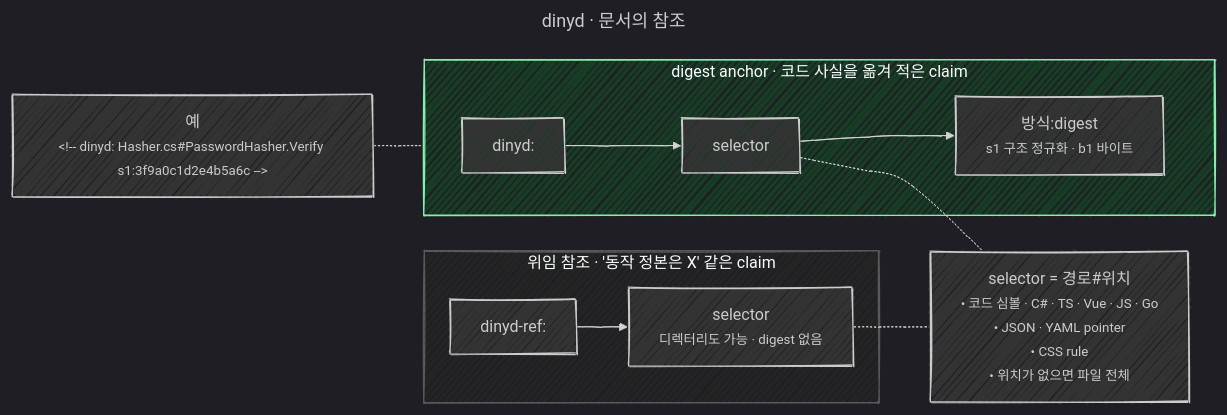
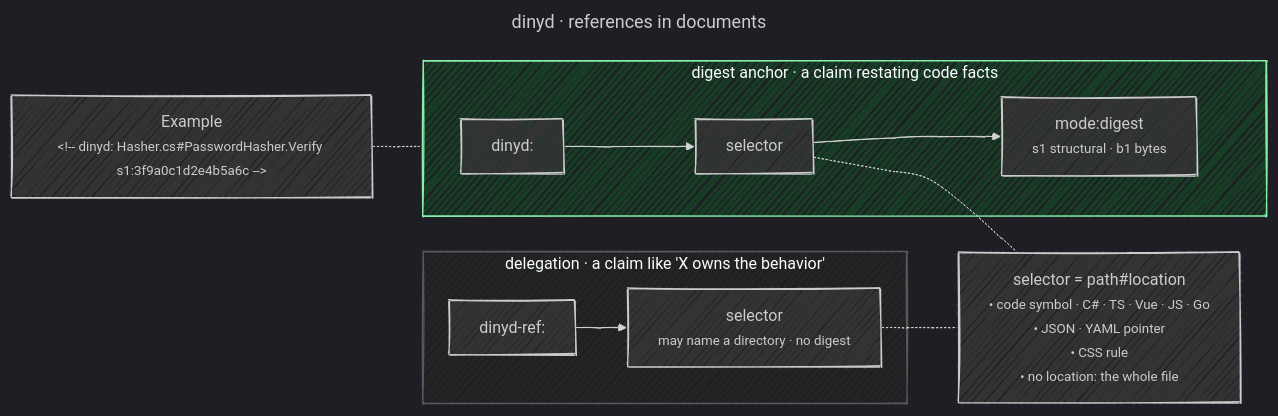
One commit to undervoke/dinyd changed the diagram in blueprint/anchors.mermaid. Above: the diagram before and after it, drawn with Mermaid. The commit also changed 4 other files, not shown here.

```diff
--- a/blueprint/anchors.mermaid
+++ b/blueprint/anchors.mermaid
@@ -1,40 +1,40 @@
 ---
-title: dinyd · 문서의 참조
+title: dinyd · references in documents
 config:
   look: handDrawn
   handDrawnSeed: 5
   theme: dark
   themeVariables:
     mainBkg: "#333333"
     clusterBkg: "#242424"
   themeCSS: |
     small { display: inline-block; text-align: left; }
   flowchart:
     wrappingWidth: 300
 ---
-%% Behavior authority: 이 다이어그램.
-%% 참조는 문서에만 inline으로 둔다. 코드 파일과 별도 매핑 파일에는 아무것도 두지 않는다. 코드 → claim 방향은 문서를 스캔해 얻는다.
-%% 표기: md는 HTML 주석(#lt;!-- … --#gt;)이고 code block(fenced · indented)과 inline code 안은 건너뛴다. .mermaid는 단독 줄의 %% 주석이고 맨 앞 frontmatter는 건너뛴다. 검사 대상 문서는 tracked *.md · *.mermaid다.
-%% selector = 경로#위치. 경로는 저장소 루트 기준 Git 경로이고 구분자는 / 하나다. ./ · .. · \ · 공백 · --> · %%를 담은 경로는 형식 오류다. 위치에는 공백을 쓸 수 있다(CSS 하위 선택자 등). 줄 번호는 쓰지 않는다.
-%% 코드 심볼에서 이름이 같은 멤버(overload)는 모호하므로 unresolved다. Verify(*)처럼 명시하면 같은 이름 멤버를 소스 순서대로 한 영역으로 묶는다.
-%% 방식은 apply가 정한다. 기본은 형식별(구조 정규화가 있으면 s1, 없으면 b1)이고 apply --bytes로 b1을 고른다. s1은 token과 중첩 구조를 담고 노드 종류 이름은 담지 않는다. token 사이 공백 · 줄바꿈은 무시하고, 문자열 · 스칼라 · 주석의 내용은 안의 공백까지 그대로 담으며, 주석도 token으로 포함한다. 구조 정규화가 없는 대상에 기록된 s1은 unresolved다. b1은 CRLF→LF만 바꾼 바이트다. digest는 SHA-256의 앞 16 hex이고, check는 기록된 방식 그대로 다시 계산한다.
-%% 손으로 쓴 digest 없는 anchor는 undeclared이고 update가 채운다.
+%% Behavior authority: this diagram.
+%% References live only inline in documents. Nothing goes in code files or in a separate mapping file. The code → claim direction is obtained by scanning documents.
+%% Notation: in md an anchor is an HTML comment (#lt;!-- … --#gt;), skipped inside code blocks (fenced · indented) and inline code. In .mermaid it is an own-line %% comment, and leading frontmatter is skipped. The documents checked are tracked *.md · *.mermaid.
+%% selector = path#location. The path is the Git path from the repository root, with / as the only separator. A path containing ./ · .. · \ · whitespace · --> · %% is malformed. The location may contain spaces (CSS descendant selectors, etc.). Line numbers are not used.
+%% Code symbol members that share a name (overloads) are ambiguous and therefore unresolved. An explicit Verify(*) groups the same-named members, in source order, into one region.
+%% apply chooses the mode. The default is per format (s1 when structural normalization exists, otherwise b1), and apply --bytes chooses b1. s1 carries tokens and nesting but not node kind names. Whitespace and line breaks between tokens are ignored; the contents of strings · scalars · comments are kept verbatim, inner whitespace included, and comments count as tokens. An s1 recorded for a target without structural normalization is unresolved. b1 is the bytes with only CRLF→LF changed. The digest is the first 16 hex digits of SHA-256, and check recomputes it with the recorded mode.
+%% A hand-written digest anchor without a digest is undeclared, and update fills it.
 flowchart LR
-  Example["예<br/><small>#lt;!-- dinyd: Hasher.cs#PasswordHasher.Verify s1:3f9a0c1d2e4b5a6c --#gt;</small>"]
+  Example["Example<br/><small>#lt;!-- dinyd: Hasher.cs#PasswordHasher.Verify s1:3f9a0c1d2e4b5a6c --#gt;</small>"]
 
-  subgraph DigestAnchor["digest anchor · 코드 사실을 옮겨 적은 claim"]
-    D1["dinyd:"] --> D2["selector"] --> D3["방식:digest<br/><small>s1 구조 정규화 · b1 바이트</small>"]
+  subgraph DigestAnchor["digest anchor · a claim restating code facts"]
+    D1["dinyd:"] --> D2["selector"] --> D3["mode:digest<br/><small>s1 structural · b1 bytes</small>"]
   end
 
-  subgraph RefAnchor["위임 참조 · '동작 정본은 X' 같은 claim"]
-    R1["dinyd-ref:"] --> R2["selector<br/><small>디렉터리도 가능 · digest 없음</small>"]
+  subgraph RefAnchor["delegation · a claim like 'X owns the behavior'"]
+    R1["dinyd-ref:"] --> R2["selector<br/><small>may name a directory · no digest</small>"]
   end
 
-  Where["selector = 경로#위치<br/><small>• 코드 심볼 · C# · TS · Vue · JS · Go<br/>• JSON · YAML pointer<br/>• CSS rule<br/>• 위치가 없으면 파일 전체</small>"]
+  Where["selector = path#location<br/><small>• code symbol · C# · TS · Vue · JS · Go<br/>• JSON · YAML pointer<br/>• CSS rule<br/>• no location: the whole file</small>"]
 
   Example -.- DigestAnchor
   D2 -.- Where
   R2 -.- Where
 
   classDef em fill:#173d25,stroke:#86efac
   class DigestAnchor em
```
